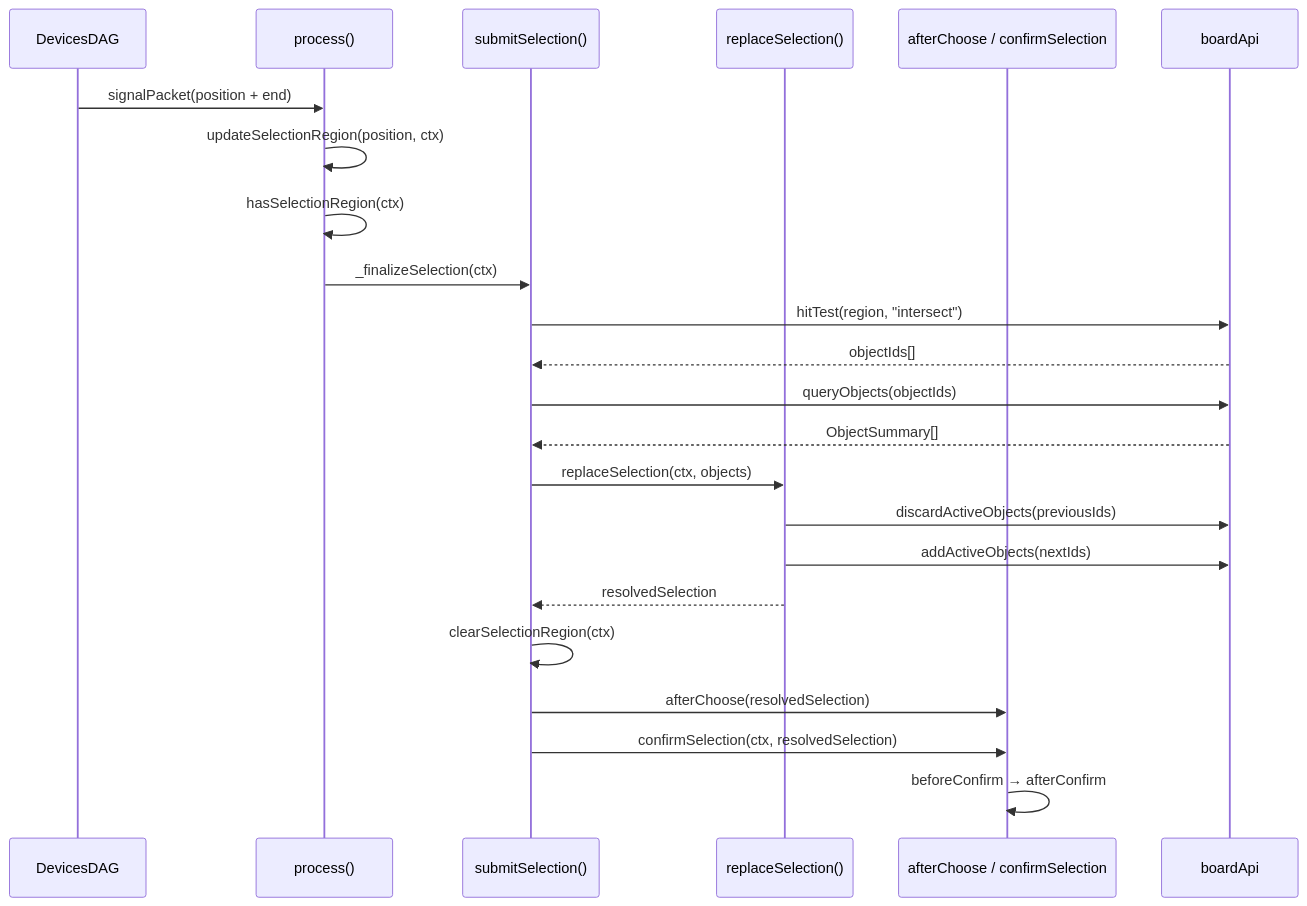
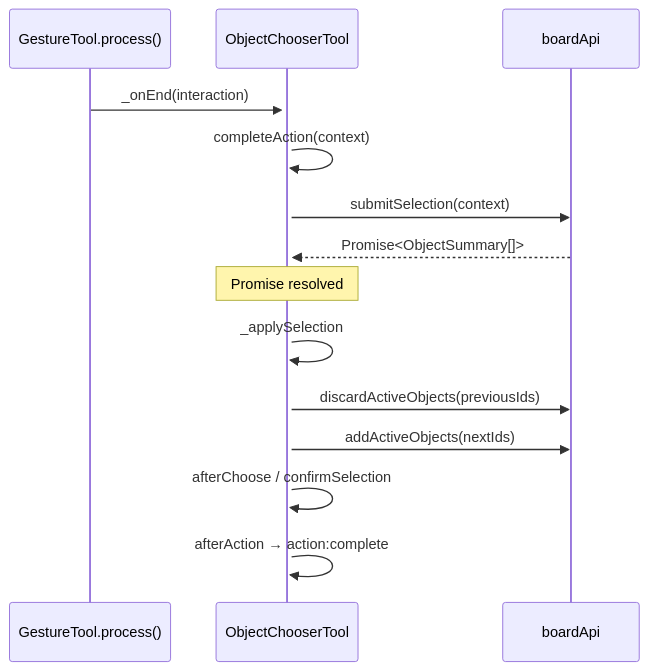
Before and after one commit to Frank-Steven/HoundWhiteboard: the third of 3 diagrams in src/core/tools/chooser/docs/object-chooser-document.md, drawn with Mermaid. The commit also changed other lines of this file and 5 other files, not shown here.

````diff
--- a/src/core/tools/chooser/docs/object-chooser-document.md
+++ b/src/core/tools/chooser/docs/object-chooser-document.md
@@ -110,29 +112,17 @@
 ```mermaid
 sequenceDiagram
-    participant DAG as DevicesDAG
-    participant Process as process()
-    participant Submit as submitSelection()
-    participant Replace as replaceSelection()
-    participant Hooks as afterChoose / confirmSelection
+    participant Gesture as GestureTool.process()
+    participant Chooser as ObjectChooserTool
     participant Board as boardApi
 
-    DAG->>Process: signalPacket(position + end)
-    Process->>Process: updateSelectionRegion(position, ctx)
-    Process->>Process: hasSelectionRegion(ctx)
-    Process->>Submit: _finalizeSelection(ctx)
-
-    Submit->>Board: hitTest(region, "intersect")
-    Board-->>Submit: objectIds[]
-    Submit->>Board: queryObjects(objectIds)
-    Board-->>Submit: ObjectSummary[]
-
-    Submit->>Replace: replaceSelection(ctx, objects)
-    Replace->>Board: discardActiveObjects(previousIds)
-    Replace->>Board: addActiveObjects(nextIds)
-    Replace-->>Submit: resolvedSelection
-
-    Submit->>Submit: clearSelectionRegion(ctx)
-    Submit->>Hooks: afterChoose(resolvedSelection)
-    Submit->>Hooks: confirmSelection(ctx, resolvedSelection)
-    Hooks->>Hooks: beforeConfirm → afterConfirm
+    Gesture->>+Chooser: _onEnd(interaction)
+    Chooser->>Chooser: completeAction(context)
+    Chooser->>Board: submitSelection(context)
+    Board-->>Chooser: Promise<ObjectSummary[]>
+    Note over Chooser: Promise resolved
+    Chooser->>Chooser: _applySelection
+    Chooser->>Board: discardActiveObjects(previousIds)
+    Chooser->>Board: addActiveObjects(nextIds)
+    Chooser->>Chooser: afterChoose / confirmSelection
+    Chooser->>Chooser: afterAction → action:complete
 ```
````
